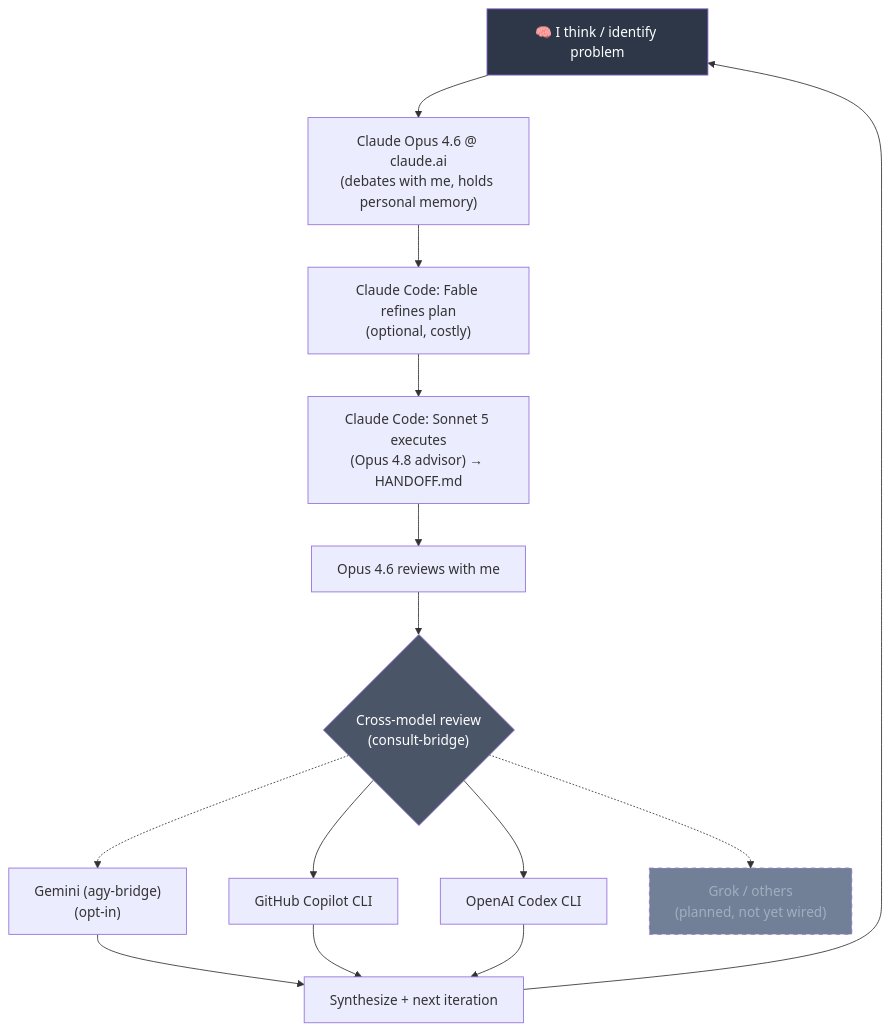
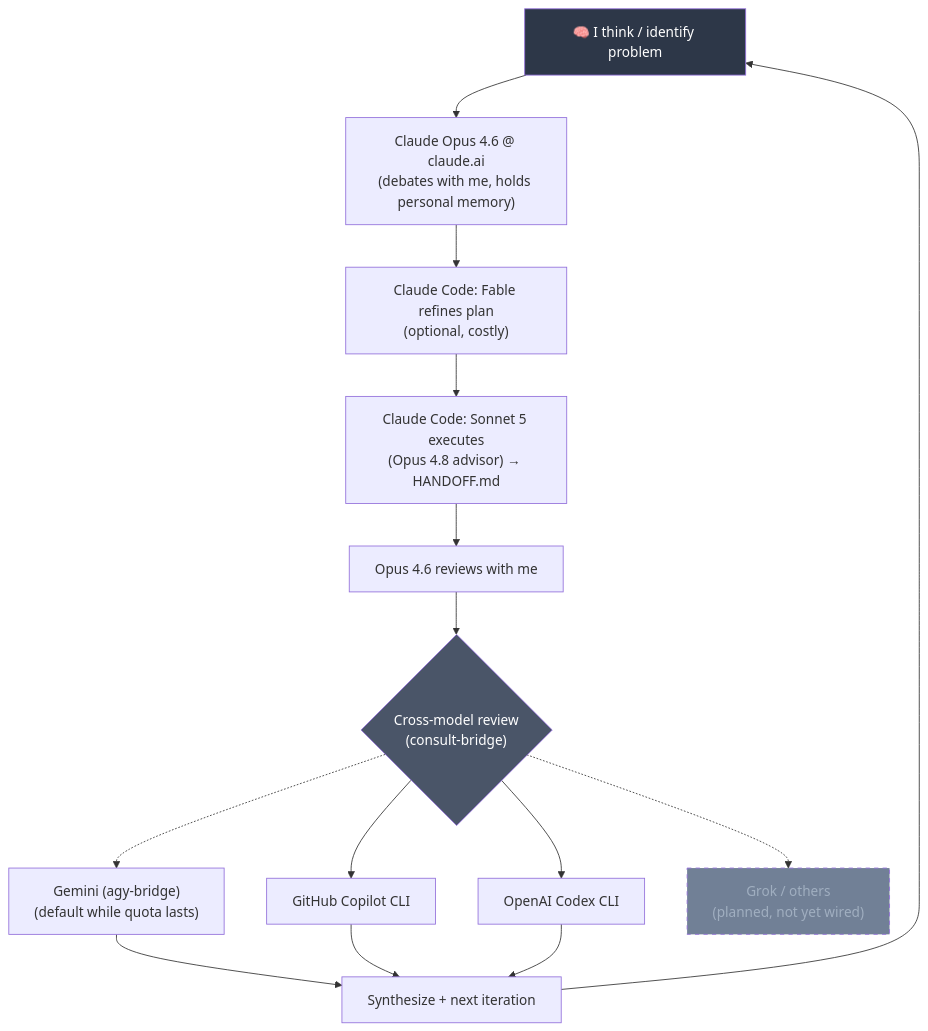
The diagram in README.md (Hydr0neFN/claude-bridges), drawn with Mermaid before and after one commit. The commit also changed other lines of this file and 8 other files, not shown here.

First line of the commit message:
Default panel adds agy while it drains its remaining quota

````diff
--- a/README.md
+++ b/README.md
@@ -11,18 +11,18 @@
 ```mermaid
 flowchart TD
     A["🧠 I think / identify problem"] --> B["Claude Opus 4.6 @ claude.ai<br/>(debates with me, holds personal memory)"]
     B --> C["Claude Code: Fable refines plan<br/>(optional, costly)"]
     C --> D["Claude Code: Sonnet 5 executes<br/>(Opus 4.8 advisor) → HANDOFF.md"]
     D --> E["Opus 4.6 reviews with me"]
     E --> F{"Cross-model review<br/>(consult-bridge)"}
-    F -.-> G["Gemini (agy-bridge)<br/>(opt-in)"]
+    F -.-> G["Gemini (agy-bridge)<br/>(default while quota lasts)"]
     F --> H["GitHub Copilot CLI"]
     F --> I["OpenAI Codex CLI"]
     F -.-> J["Grok / others<br/>(planned, not yet wired)"]
     G & H & I --> K["Synthesize + next iteration"]
     K --> A
 
     style A fill:#2d3748,color:#fff
     style F fill:#4a5568,color:#fff
     style J fill:#718096,color:#a0aec0,stroke-dasharray: 5 5
 ```
````
